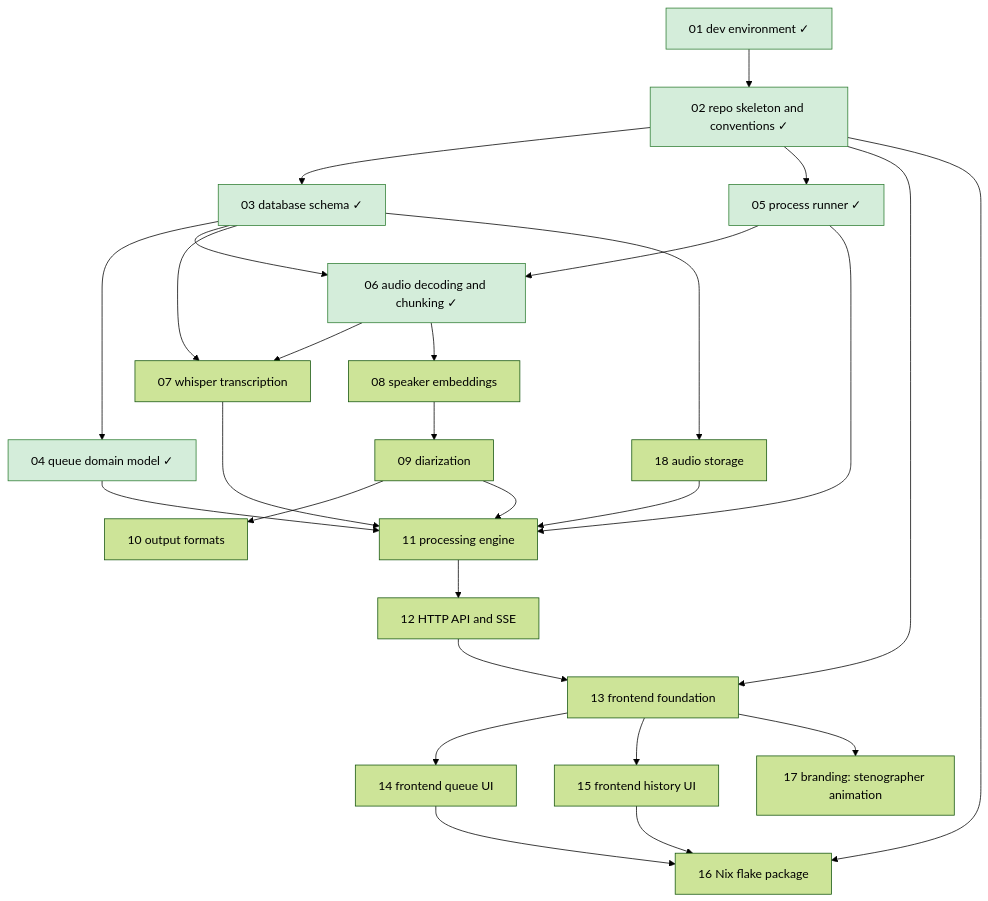
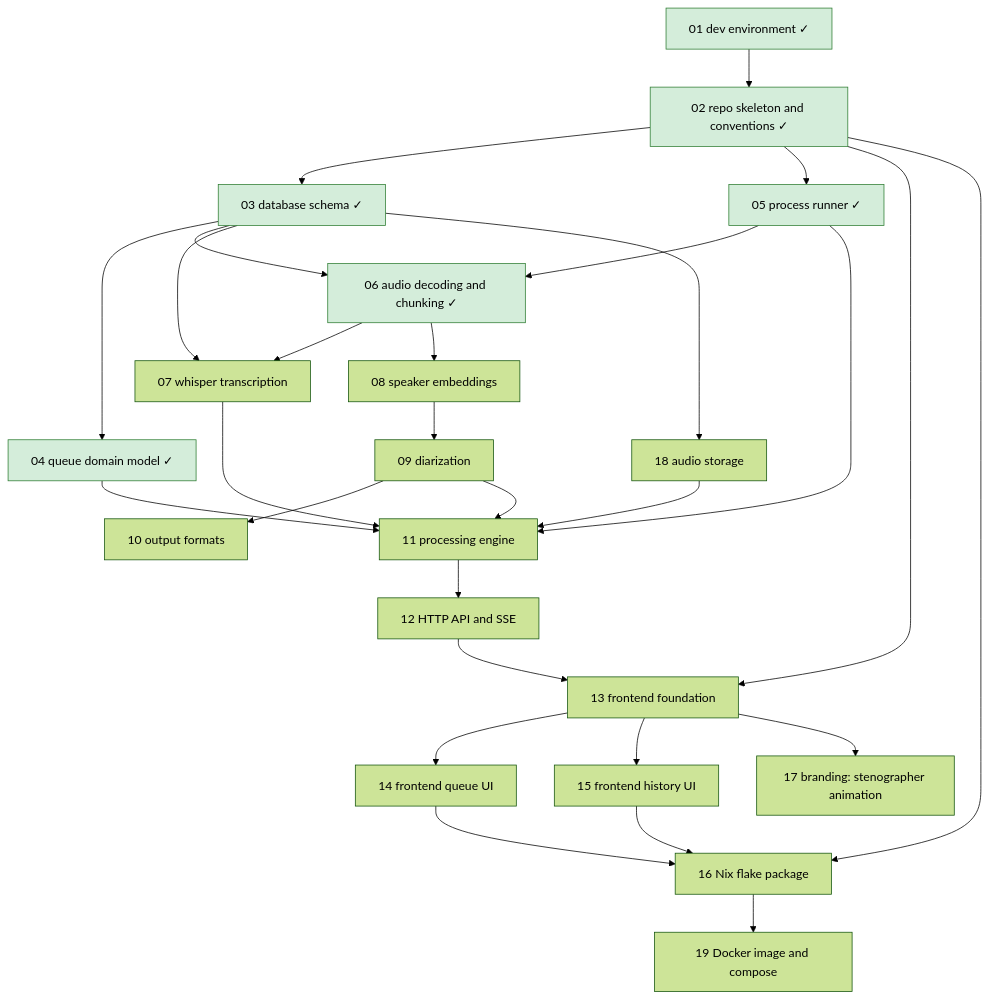
One commit to lulu-berlin/speech-to-text-app changed the diagram in roadmap/README.md. Above: the diagram before and after it, drawn with Mermaid (forest theme). The commit also changed other lines of this file and 1 other file, not shown here.

Commit message:
Add roadmap item 19: Docker image and docker-compose setup

````diff
--- a/roadmap/README.md
+++ b/roadmap/README.md
@@ -17,30 +17,31 @@
 ```mermaid
 graph TD
   01[01 dev environment ✓]:::done --> 02[02 repo skeleton and conventions ✓]:::done
   02 --> 03[03 database schema ✓]:::done
   03 --> 04[04 queue domain model ✓]:::done
   02 --> 05[05 process runner ✓]:::done
   05 --> 06[06 audio decoding and chunking ✓]:::done
   03 --> 06
   06 --> 07[07 whisper transcription]
   03 --> 07
   06 --> 08[08 speaker embeddings]
   08 --> 09[09 diarization]
   09 --> 10[10 output formats]
   04 --> 11[11 processing engine]
   05 --> 11
   07 --> 11
   09 --> 11
   03 --> 18[18 audio storage]
   18 --> 11
   11 --> 12[12 HTTP API and SSE]
   02 --> 13[13 frontend foundation]
   12 --> 13
   13 --> 14[14 frontend queue UI]
   13 --> 15[15 frontend history UI]
   02 --> 16[16 Nix flake package]
   14 --> 16
   15 --> 16
   13 --> 17[17 branding: stenographer animation]
+  16 --> 19[19 Docker image and compose]
   classDef done fill:#d4edda,stroke:#2e7d32
 ```
````
